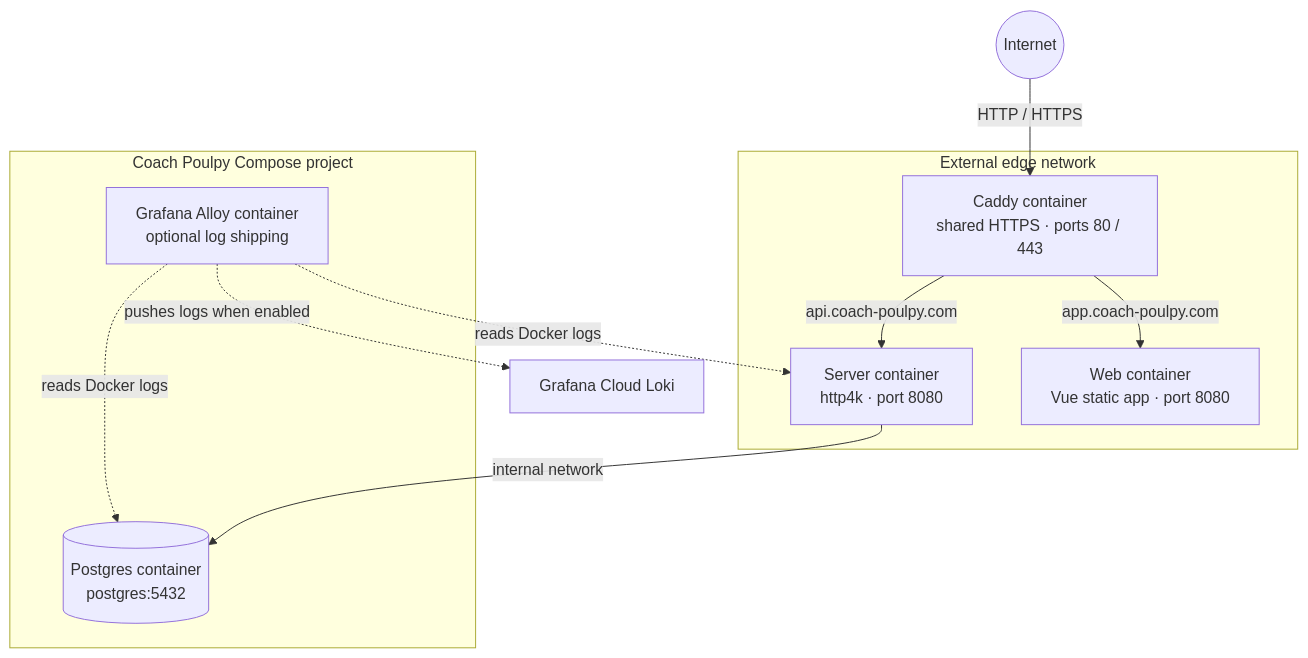
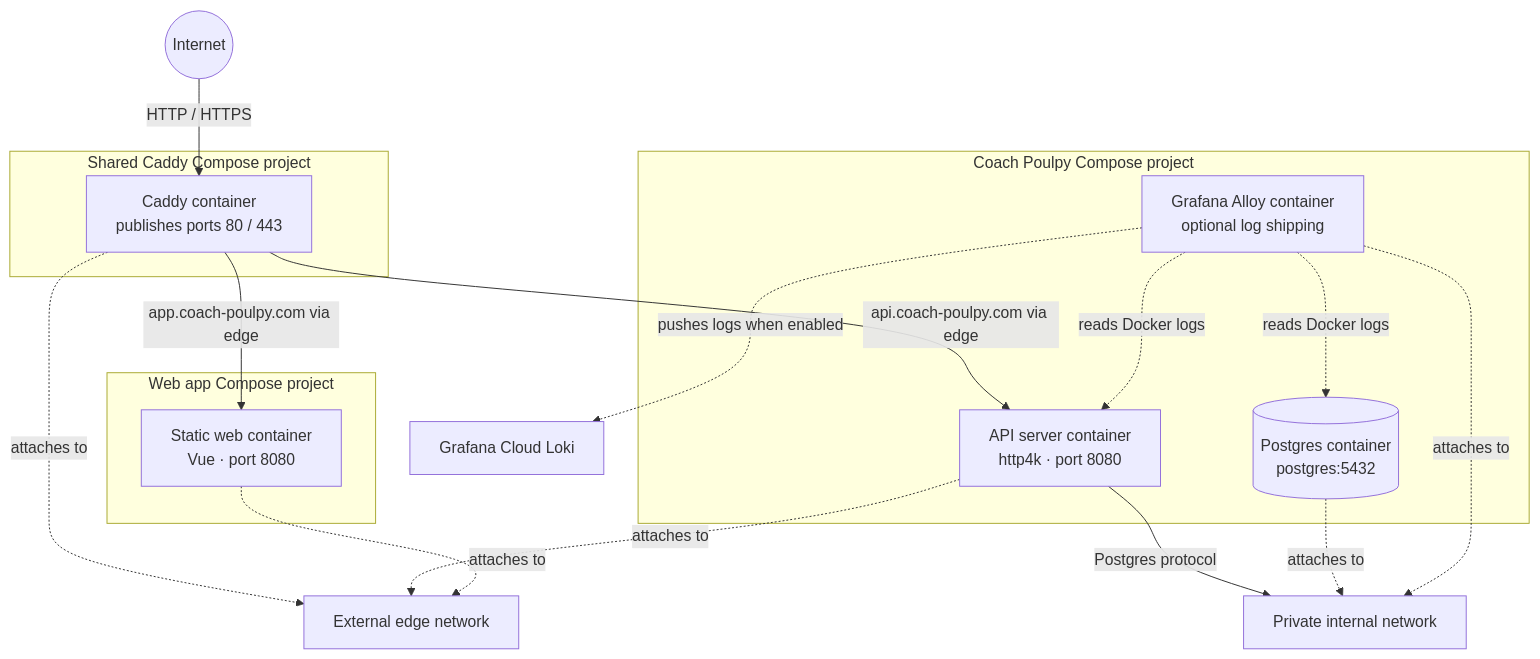
The diagram in docs/deploying-the-server.md (tkint/coach-poulpy), drawn with Mermaid before and after one commit. The commit also changed 2 other files, not shown here.

Commit message:
docs: refine auth and container diagrams

````diff
--- a/docs/deploying-the-server.md
+++ b/docs/deploying-the-server.md
@@ -9,24 +9,31 @@
 ```mermaid
 flowchart TD
     internet(("Internet"))
-    caddy["Caddy container<br/>shared HTTPS · ports 80 / 443"]
-    subgraph edgeproj["External edge network"]
-        caddy
-        server["Server container<br/>http4k · port 8080"]
-        web["Web container<br/>Vue static app · port 8080"]
+    subgraph edgeproject["Shared Caddy Compose project"]
+        caddy["Caddy container<br/>publishes ports 80 / 443"]
     end
-    subgraph appproj["Coach Poulpy Compose project"]
-        server
+    subgraph serverproject["Coach Poulpy Compose project"]
+        server["API server container<br/>http4k · port 8080"]
         postgres[("Postgres container<br/>postgres:5432")]
         alloy["Grafana Alloy container<br/>optional log shipping"]
     end
+    subgraph webproject["Web app Compose project"]
+        web["Static web container<br/>Vue · port 8080"]
+    end
+    edge["External edge network"]
+    internal["Private internal network"]
     loki["Grafana Cloud Loki"]
 
     internet -->|HTTP / HTTPS| caddy
-    caddy -->|api.coach-poulpy.com| server
-    caddy -->|app.coach-poulpy.com| web
-    server -->|internal network| postgres
+    caddy -->|api.coach-poulpy.com via edge| server
+    caddy -->|app.coach-poulpy.com via edge| web
+    caddy -. attaches to .-> edge
+    server -. attaches to .-> edge
+    web -. attaches to .-> edge
+    server -->|Postgres protocol| internal
+    postgres -. attaches to .-> internal
+    alloy -. attaches to .-> internal
     alloy -. reads Docker logs .-> server
     alloy -. reads Docker logs .-> postgres
     alloy -. pushes logs when enabled .-> loki
 ```
````
